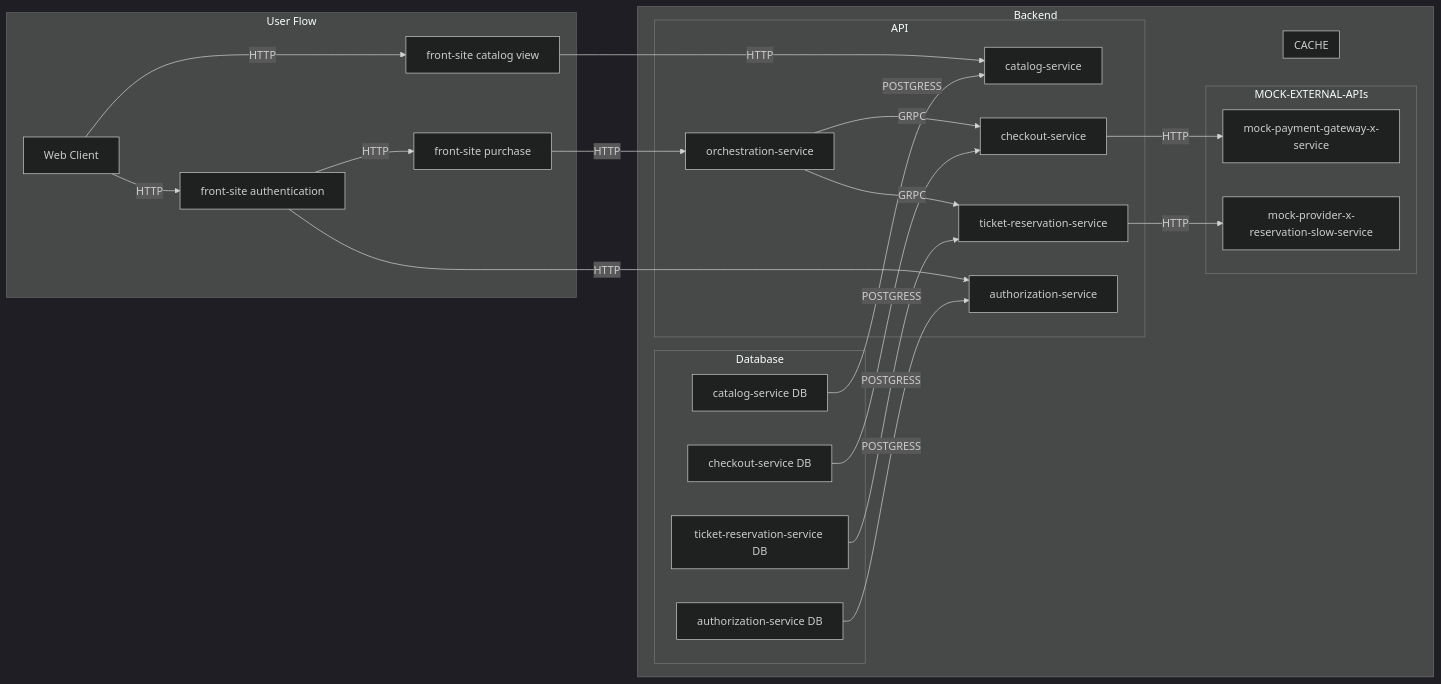
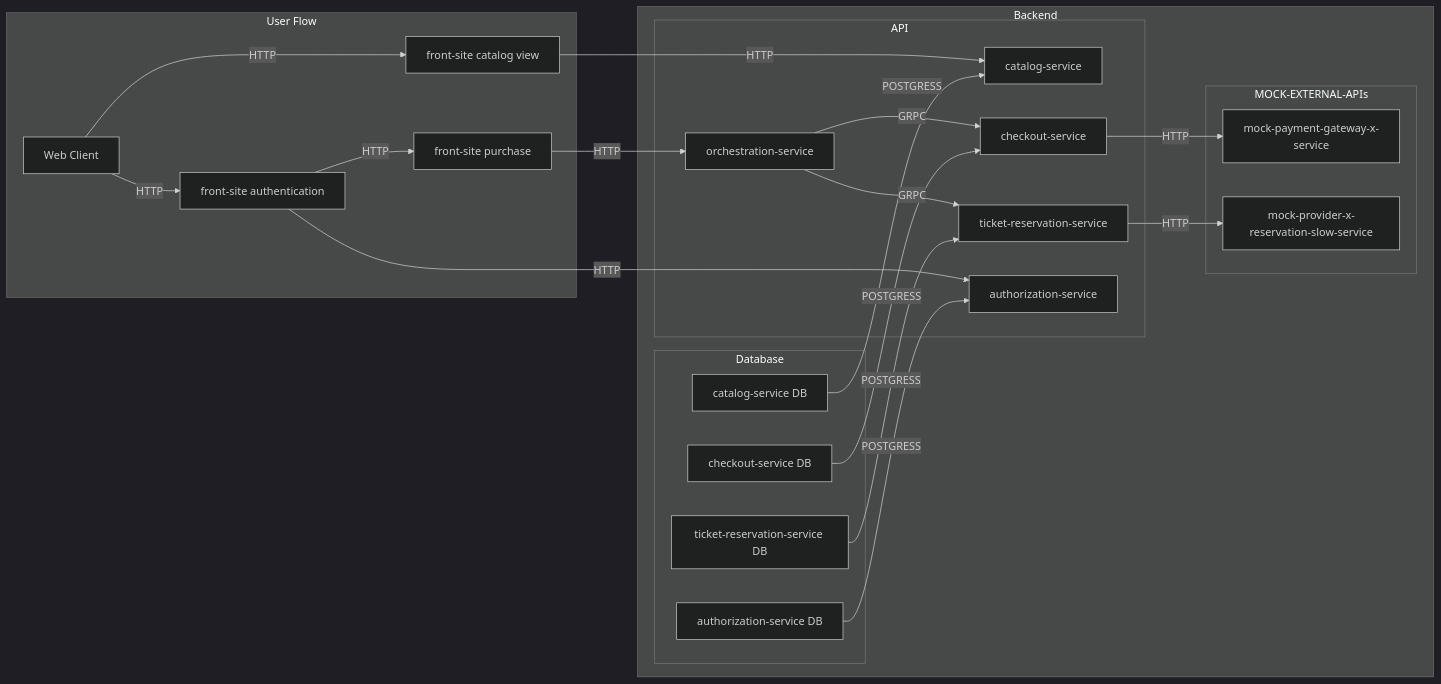
One commit to jtonynet/cine-ticket-study-microsservices changed the diagram in README.md. Above: the diagram before and after it, drawn with Mermaid (dark theme).

````diff
--- a/README.md
+++ b/README.md
@@ -80,37 +80,32 @@
 ```mermaid
 graph LR
 
 subgraph User Flow
   A[Web Client] -->|HTTP| B[front-site catalog view]
   A -->|HTTP| D[front-site authentication]
   D -->|HTTP| C[front-site purchase]
 end
 
 subgraph Backend
   subgraph API
     B -->|HTTP| E[catalog-service]
     C -->|HTTP| N[orchestration-service]
     N -->|GRPC| F[checkout-service]
     N -->|GRPC| L[ticket-reservation-service]
     D -->|HTTP| O[authorization-service]
   end
   
   subgraph Database
     H[catalog-service DB] -->|POSTGRESS| E
     K[checkout-service DB] -->|POSTGRESS| F
     P[authorization-service DB] -->|POSTGRESS| O
     Q[ticket-reservation-service DB] -->|POSTGRESS| L
   end
 
   subgraph MOCK-EXTERNAL-APIs
     F -->|HTTP| G[mock-payment-gateway-x-service]
     L -->|HTTP| M[mock-provider-x-reservation-slow-service]
   end
-
-  subgraph CACHE
-    
-  end
-
 end
 
 ``` 
````
